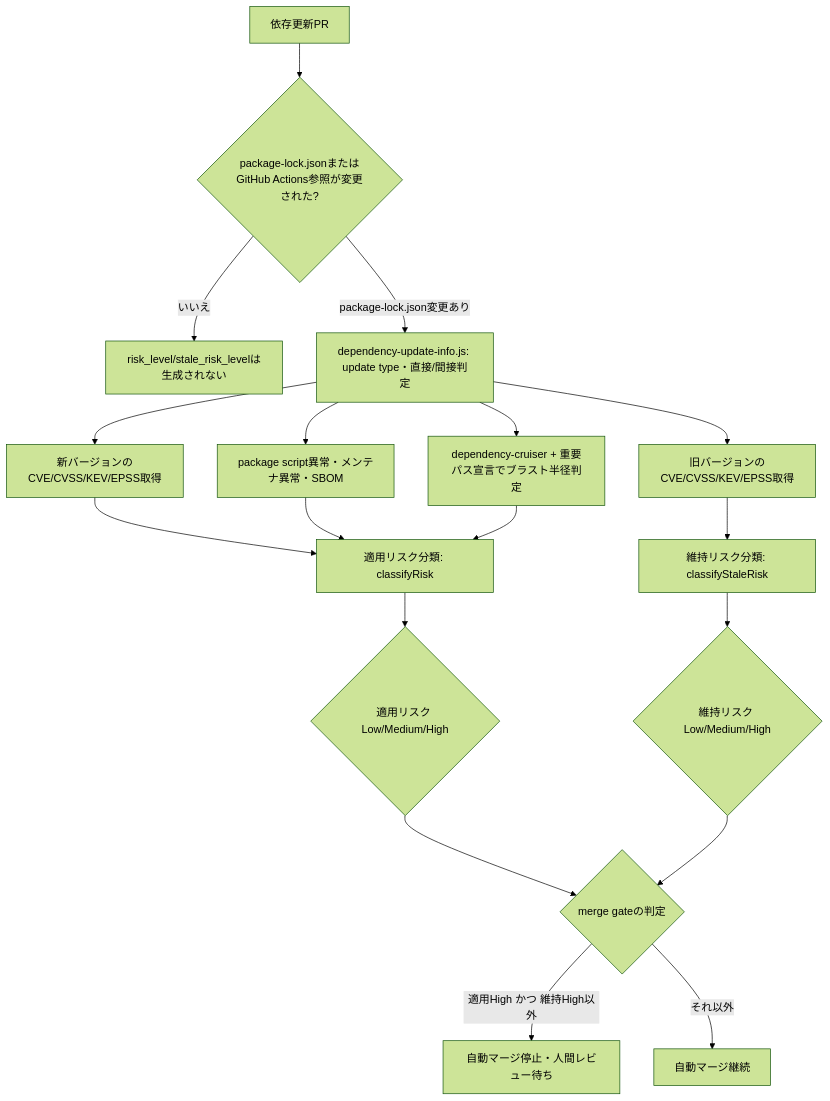
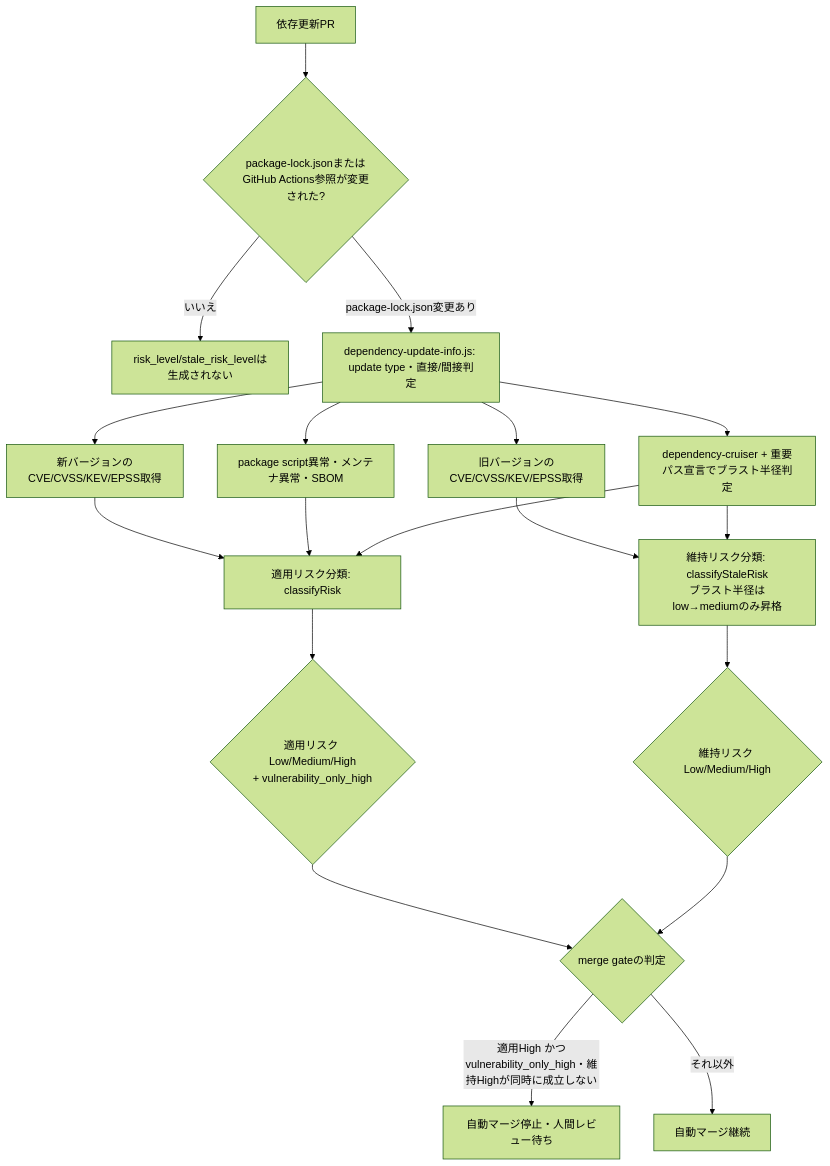
The diagram in docs/reusable-workflows-reference.md (bamiyanapp/dev-standards), drawn with Mermaid (forest theme) before and after one commit. The commit also changed other lines of this file and 5 other files, not shown here.

````diff
--- a/docs/reusable-workflows-reference.md
+++ b/docs/reusable-workflows-reference.md
@@ -69,20 +69,21 @@
 ```mermaid
 flowchart TD
     A[依存更新PR] --> B{package-lock.jsonまたは<br/>GitHub Actions参照が変更された?}
     B -->|いいえ| C[risk_level/stale_risk_levelは生成されない]
     B -->|package-lock.json変更あり| D[dependency-update-info.js: update type・直接/間接判定]
     D --> E[新バージョンのCVE/CVSS/KEV/EPSS取得]
     D --> F[旧バージョンのCVE/CVSS/KEV/EPSS取得]
     D --> G[package script異常・メンテナ異常・SBOM]
     D --> H[dependency-cruiser + 重要パス宣言でブラスト半径判定]
     E --> I[適用リスク分類: classifyRisk]
     G --> I
     H --> I
-    F --> J[維持リスク分類: classifyStaleRisk]
-    I --> K{適用リスク Low/Medium/High}
+    F --> J[維持リスク分類: classifyStaleRisk<br/>ブラスト半径はlow→mediumのみ昇格]
+    H --> J
+    I --> K{適用リスク Low/Medium/High<br/>+ vulnerability_only_high}
     J --> L{維持リスク Low/Medium/High}
     K --> M{merge gateの判定}
     L --> M
-    M -->|適用High かつ 維持High以外| N[自動マージ停止・人間レビュー待ち]
+    M -->|適用High かつ<br/>vulnerability_only_high・維持Highが同時に成立しない| N[自動マージ停止・人間レビュー待ち]
     M -->|それ以外| O[自動マージ継続]
 ```
````
